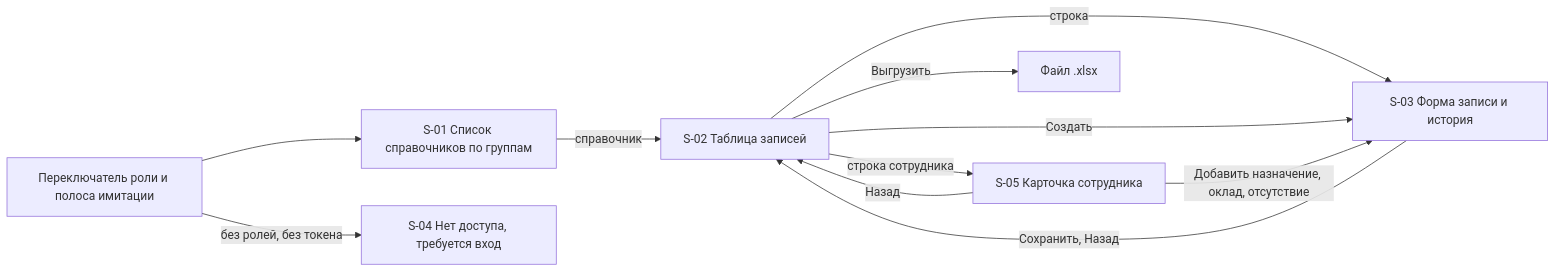
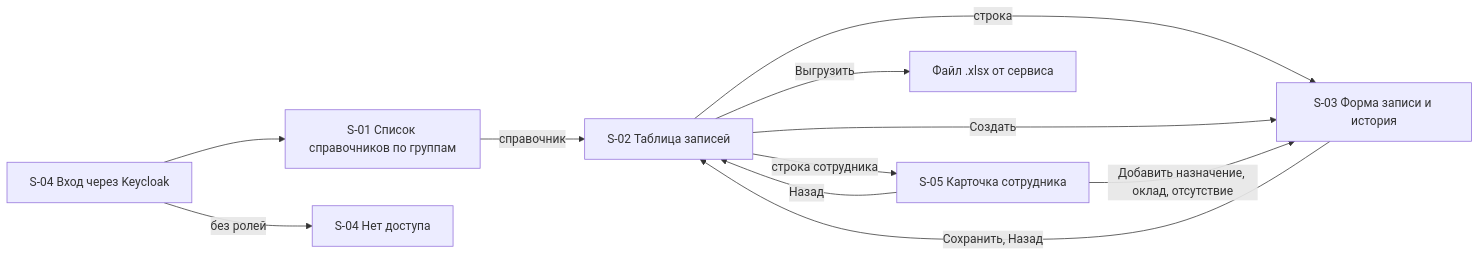
One commit to MEPhI-C22-501/arch-info-system-monorepo changed the diagram in reference-manager/documents/115.live-prototype.md. Above: the diagram before and after it, drawn with Mermaid. The commit also changed other lines of this file and 52 other files, not shown here.

````diff
--- a/reference-manager/documents/115.live-prototype.md
+++ b/reference-manager/documents/115.live-prototype.md
@@ -22,13 +18,13 @@
 ```mermaid
 flowchart LR
-    Role["Переключатель роли и полоса имитации"] --> S1["S-01 Список справочников по группам"]
+    KC["S-04 Вход через Keycloak"] --> S1["S-01 Список справочников по группам"]
     S1 -->|"справочник"| S2["S-02 Таблица записей"]
     S2 -->|"строка"| S3["S-03 Форма записи и история"]
     S2 -->|"Создать"| S3
     S2 -->|"строка сотрудника"| S5["S-05 Карточка сотрудника"]
     S5 -->|"Добавить назначение, оклад, отсутствие"| S3
     S3 -->|"Сохранить, Назад"| S2
     S5 -->|"Назад"| S2
-    S2 -->|"Выгрузить"| X["Файл .xlsx"]
-    Role -->|"без ролей, без токена"| S4["S-04 Нет доступа, требуется вход"]
+    S2 -->|"Выгрузить"| X["Файл .xlsx от сервиса"]
+    KC -->|"без ролей"| S4["S-04 Нет доступа"]
 ```
````
